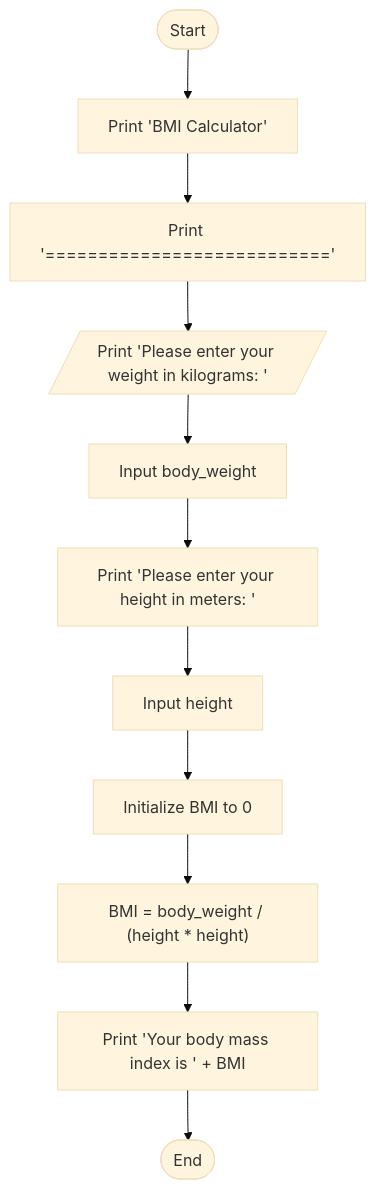
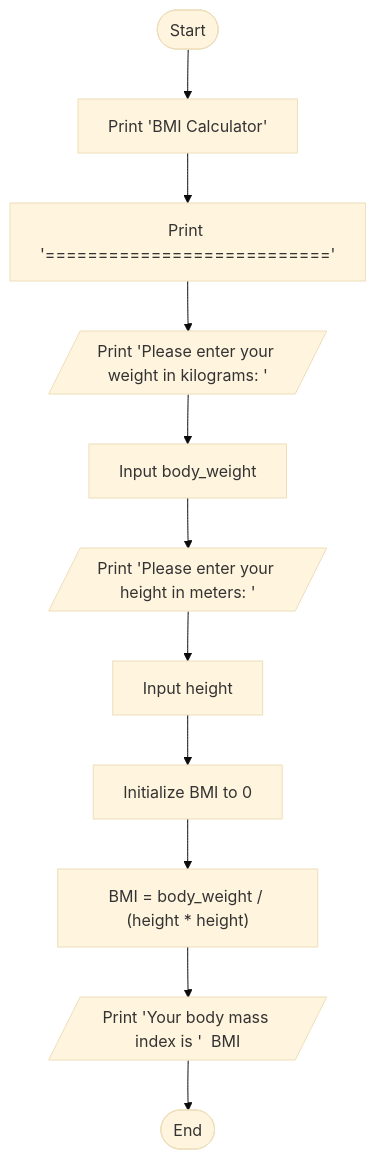
The diagram in ETS1065_15_Natnael_Samson/BMI_calculator.md (SWEG-2015EC-Batch/Felix), drawn with Mermaid (base theme) before and after one commit.

````diff
--- a/ETS1065_15_Natnael_Samson/BMI_calculator.md
+++ b/ETS1065_15_Natnael_Samson/BMI_calculator.md
@@ -27,23 +27,23 @@
 ```mermaid
    flowchart TD;
    
   A([Start]) --> B["Print 'BMI Calculator'"];
   
   B --> C["Print '==========================='"];
   
   C --> D[/Print 'Please enter your weight in kilograms: '/];
   
   D --> E["Input body_weight"];
   
-  E --> F["Print 'Please enter your height in meters: '"];
+  E --> F[/Print 'Please enter your height in meters: '/];
   
   F --> G["Input height"];
   
   G --> H["Initialize BMI to 0"];
   
   H --> I["BMI = body_weight / (height * height)"];
   
-  I --> J["Print 'Your body mass index is ' + BMI"];
+  I --> J[/Print 'Your body mass index is '  BMI/];
   
   J --> K([End]);
 ```
````
